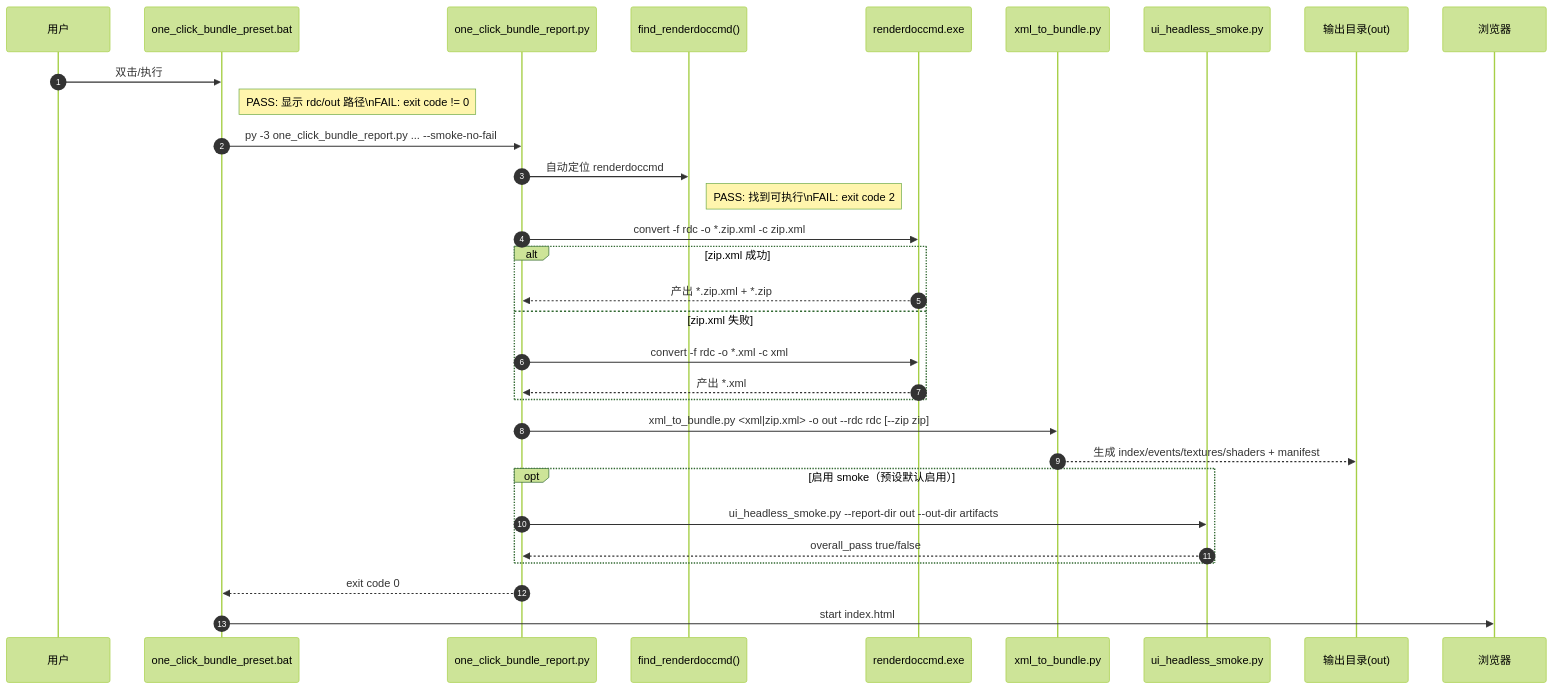
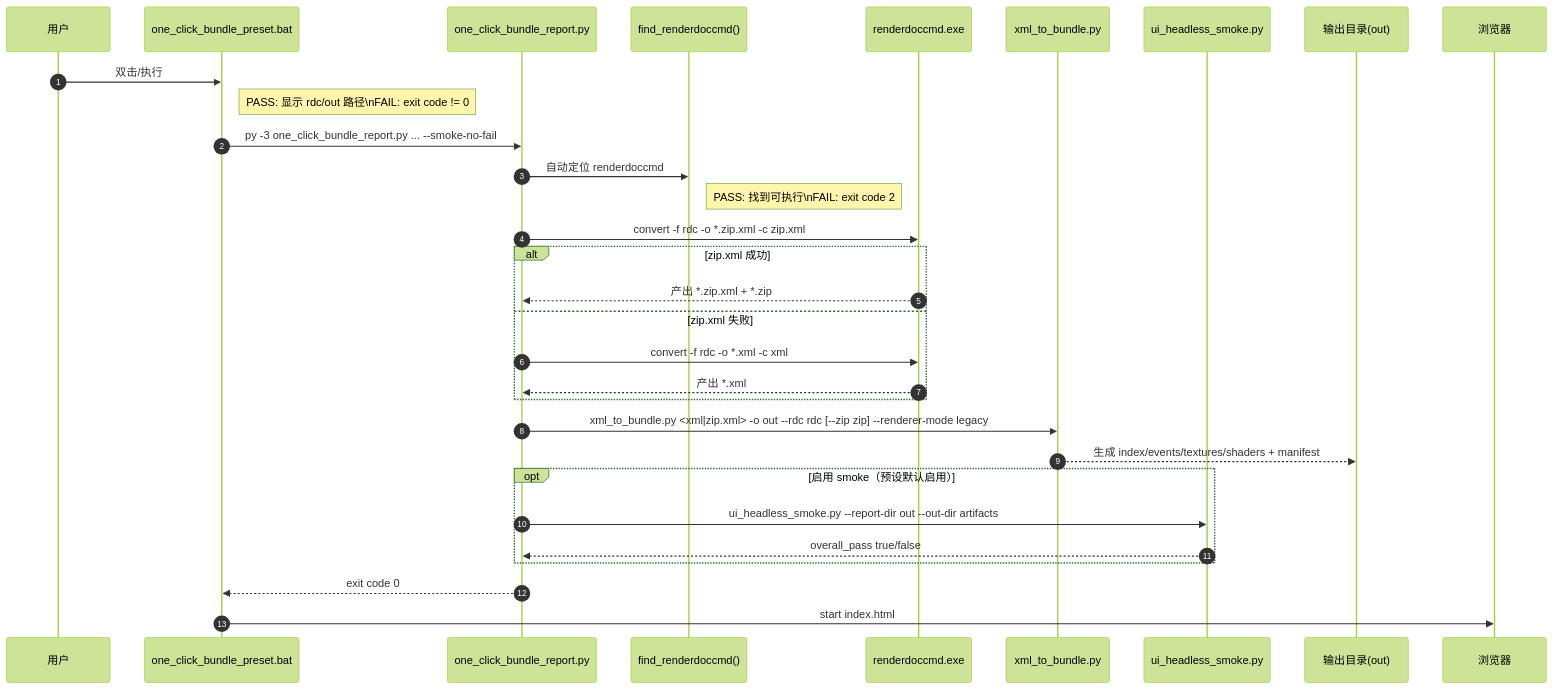
Before and after one commit to lizr-arch/renderdoc-ai: the diagram in scripts/rdc_analyzer/docs/ONE_CLICK_ACCEPTANCE.md, drawn with Mermaid (forest theme). The commit also changed other lines of this file and 4 other files, not shown here.

First line of the commit message:
docs(rdc-analyzer): document snapshot route, legacy fallback, and updated CLI usage

````diff
--- a/scripts/rdc_analyzer/docs/ONE_CLICK_ACCEPTANCE.md
+++ b/scripts/rdc_analyzer/docs/ONE_CLICK_ACCEPTANCE.md
@@ -122,39 +128,39 @@
 ```mermaid
 sequenceDiagram
   autonumber
   participant U as 用户
   participant P as one_click_bundle_preset.bat
   participant O as one_click_bundle_report.py
   participant R as find_renderdoccmd()
   participant C as renderdoccmd.exe
   participant X as xml_to_bundle.py
   participant S as ui_headless_smoke.py
   participant OUT as 输出目录(out)
   participant BR as 浏览器
 
   U->>P: 双击/执行
   note right of P: PASS: 显示 rdc/out 路径\nFAIL: exit code != 0
 
   P->>O: py -3 one_click_bundle_report.py ... --smoke-no-fail
   O->>R: 自动定位 renderdoccmd
   note right of R: PASS: 找到可执行\nFAIL: exit code 2
 
   O->>C: convert -f rdc -o *.zip.xml -c zip.xml
   alt zip.xml 成功
     C-->>O: 产出 *.zip.xml + *.zip
   else zip.xml 失败
     O->>C: convert -f rdc -o *.xml -c xml
     C-->>O: 产出 *.xml
   end
 
-  O->>X: xml_to_bundle.py <xml|zip.xml> -o out --rdc rdc [--zip zip]
+  O->>X: xml_to_bundle.py <xml|zip.xml> -o out --rdc rdc [--zip zip] --renderer-mode legacy
   X-->>OUT: 生成 index/events/textures/shaders + manifest
 
   opt 启用 smoke（预设默认启用）
     O->>S: ui_headless_smoke.py --report-dir out --out-dir artifacts
     S-->>O: overall_pass true/false
   end
 
   O-->>P: exit code 0
   P->>BR: start index.html
 ```
````
